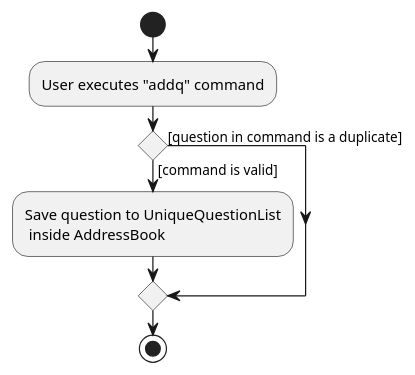
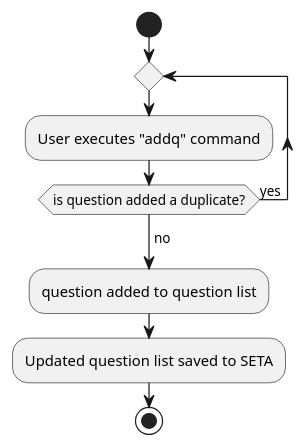
Before and after one commit to nus-cs2103-AY2223S1/tp: the diagram in docs/diagrams/AddQActivityDiagram.puml, drawn with PlantUML. The commit also changed 4 other files, not shown here.

Commit message:
Update DG and diagrams

```diff
--- a/docs/diagrams/AddQActivityDiagram.puml
+++ b/docs/diagrams/AddQActivityDiagram.puml
@@ -1,14 +1,16 @@
 @startuml
 start
-:User executes "addq" command;
 
 'Since the beta syntax does not support placing the condition outside the
 'diamond we place it as the true branch instead.
+repeat
+:User executes "addq" command;
+repeat while (is question added a duplicate?) is (yes)
+-> no;
 
-if () then ([command is valid])
-    :Save question to UniqueQuestionList
-     inside AddressBook;
-else ([question in command is a duplicate])
-endif
+:question added to question list;
+
+:Updated question list saved to SETA;
+
 stop
 @enduml
```
